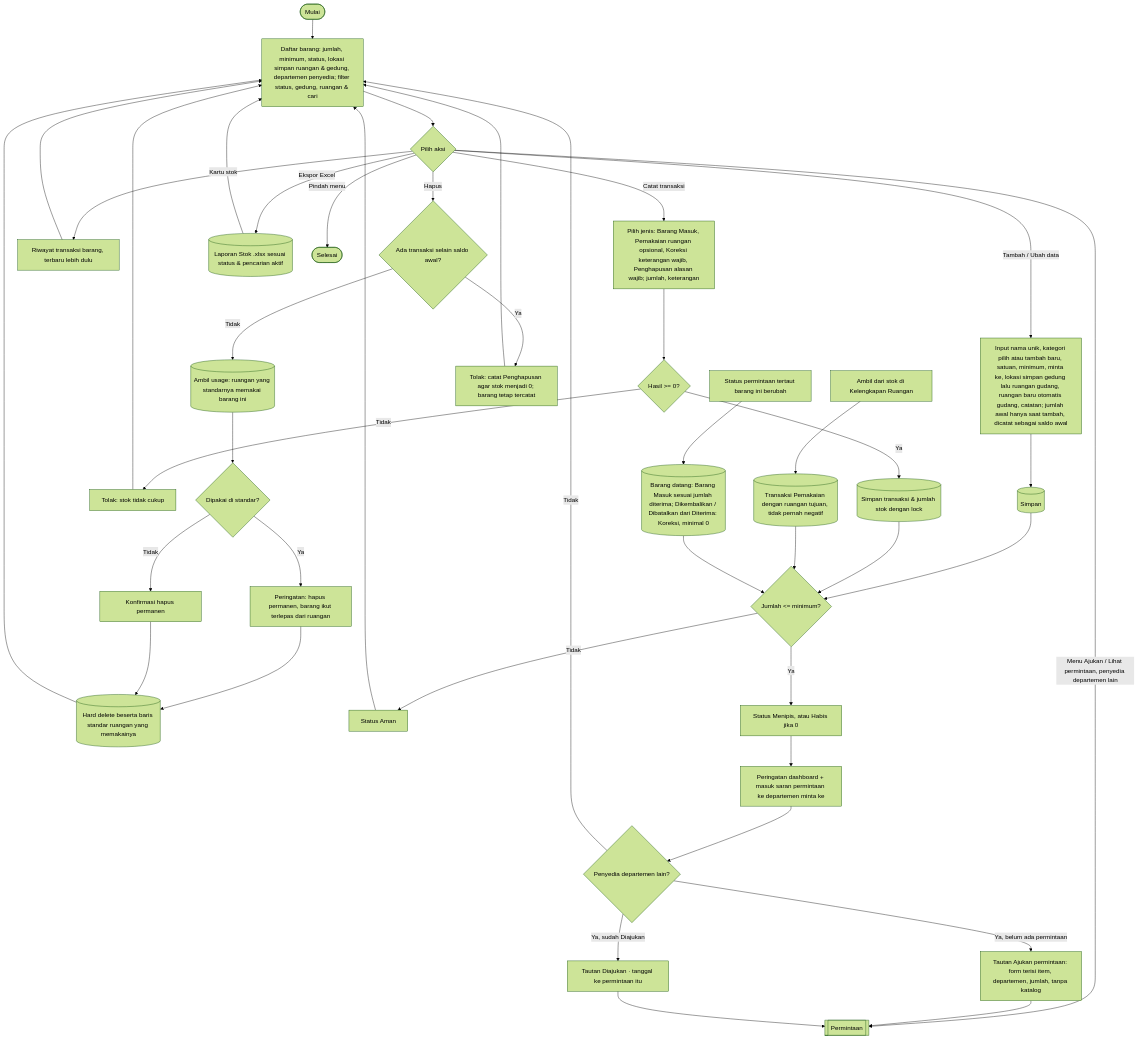
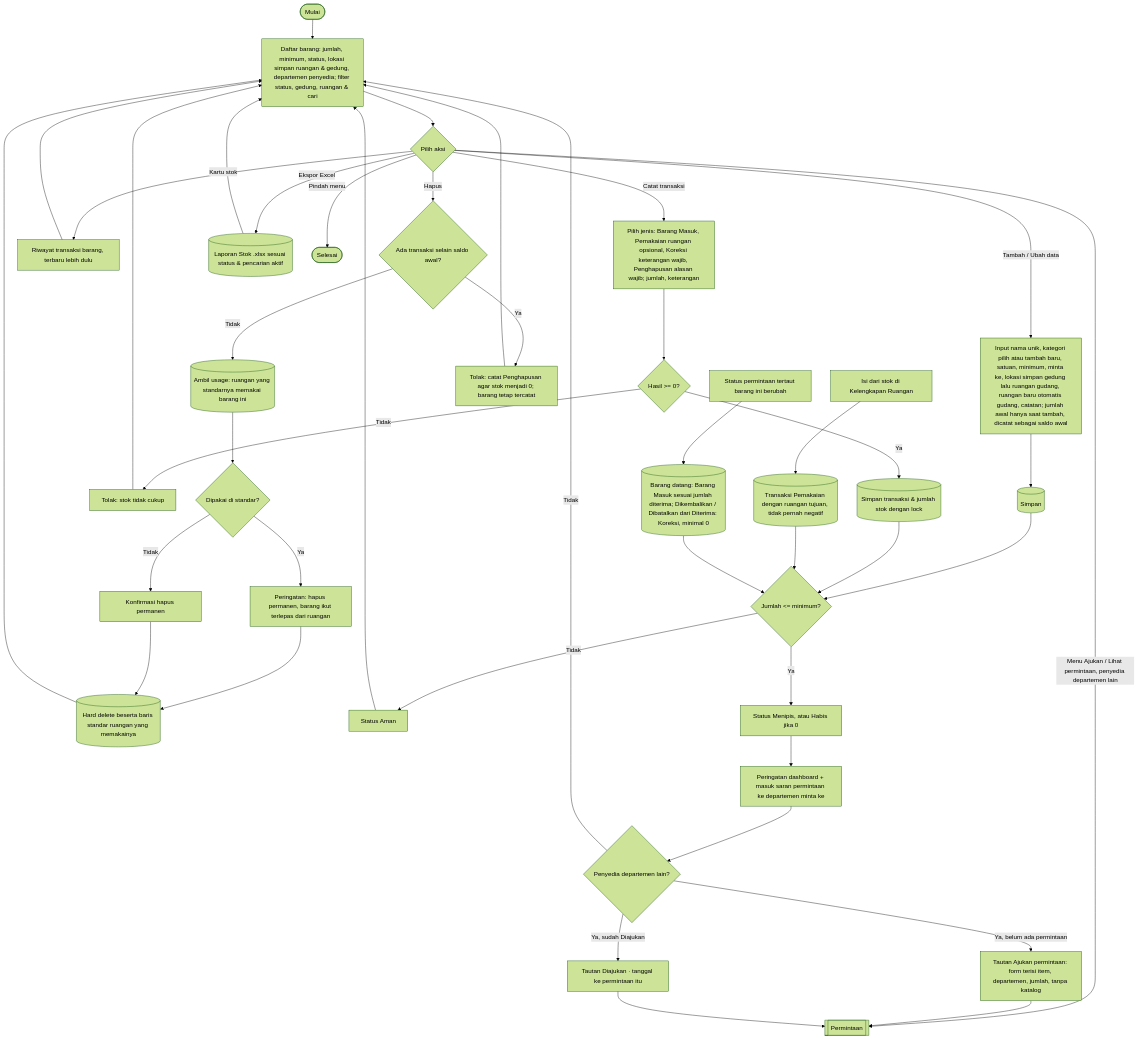
The eighth of 9 diagrams in docs/flowchart.md (mrizqihidayat/system-tracking-asset), drawn with Mermaid (forest theme) before and after one commit. The commit also changed other lines of this file and 10 other files, not shown here.

First line of the commit message:
T26y: isi dari stok lewat popup di Kelengkapan Ruangan

````diff
--- a/docs/flowchart.md
+++ b/docs/flowchart.md
@@ -290,37 +290,37 @@
 ```mermaid
 flowchart TD
     A([Mulai]) --> B[Daftar barang: jumlah, minimum, status, lokasi simpan ruangan & gedung, departemen penyedia; filter status, gedung, ruangan & cari]
     B --> C{Pilih aksi}
 
     C -- Tambah / Ubah data --> T1[Input nama unik, kategori pilih atau tambah baru, satuan, minimum, minta ke, lokasi simpan gedung lalu ruangan gudang, ruangan baru otomatis gudang, catatan; jumlah awal hanya saat tambah, dicatat sebagai saldo awal] --> T2[(Simpan)] --> CEK
 
     C -- Catat transaksi --> J0[Pilih jenis: Barang Masuk, Pemakaian ruangan opsional, Koreksi keterangan wajib, Penghapusan alasan wajib; jumlah, keterangan]
     J0 --> J3{Hasil >= 0?}
     J3 -- Tidak --> J4[Tolak: stok tidak cukup] --> B
     J3 -- Ya --> J5[(Simpan transaksi & jumlah stok dengan lock)] --> CEK
 
     C -- Kartu stok --> KS[Riwayat transaksi barang, terbaru lebih dulu] --> B
 
-    R0[Ambil dari stok di Kelengkapan Ruangan] --> R1[(Transaksi Pemakaian dengan ruangan tujuan, tidak pernah negatif)] --> CEK
+    R0[Isi dari stok di Kelengkapan Ruangan] --> R1[(Transaksi Pemakaian dengan ruangan tujuan, tidak pernah negatif)] --> CEK
     R2[Status permintaan tertaut barang ini berubah] --> R3[(Barang datang: Barang Masuk sesuai jumlah diterima; Dikembalikan / Dibatalkan dari Diterima: Koreksi, minimal 0)] --> CEK
 
     C -- Hapus --> H00{Ada transaksi selain saldo awal?}
     H00 -- Ya --> H01[Tolak: catat Penghapusan agar stok menjadi 0; barang tetap tercatat] --> B
     H00 -- Tidak --> H0[(Ambil usage: ruangan yang standarnya memakai barang ini)]
     H0 --> H1{Dipakai di standar?}
     H1 -- Ya --> H2[Peringatan: hapus permanen, barang ikut terlepas dari ruangan]
     H1 -- Tidak --> H3[Konfirmasi hapus permanen]
     H2 & H3 --> H4[(Hard delete beserta baris standar ruangan yang memakainya)] --> B
 
     C -- Menu Ajukan / Lihat permintaan, penyedia departemen lain --> S6a[[Permintaan]]
 
     C -- Ekspor Excel --> X1[(Laporan Stok .xlsx sesuai status & pencarian aktif)] --> B
     C -- Pindah menu --> Z([Selesai])
 
     CEK{Jumlah <= minimum?}
     CEK -- Tidak --> S1[Status Aman] --> B
     CEK -- Ya --> S2[Status Menipis, atau Habis jika 0] --> S3[Peringatan dashboard + masuk saran permintaan ke departemen minta ke] --> S4{Penyedia departemen lain?}
     S4 -- Tidak --> B
     S4 -- Ya, belum ada permintaan --> S5a[Tautan Ajukan permintaan: form terisi item, departemen, jumlah, tanpa katalog] --> S6a
     S4 -- Ya, sudah Diajukan --> S7a[Tautan Diajukan · tanggal ke permintaan itu] --> S6a
 ```
````
